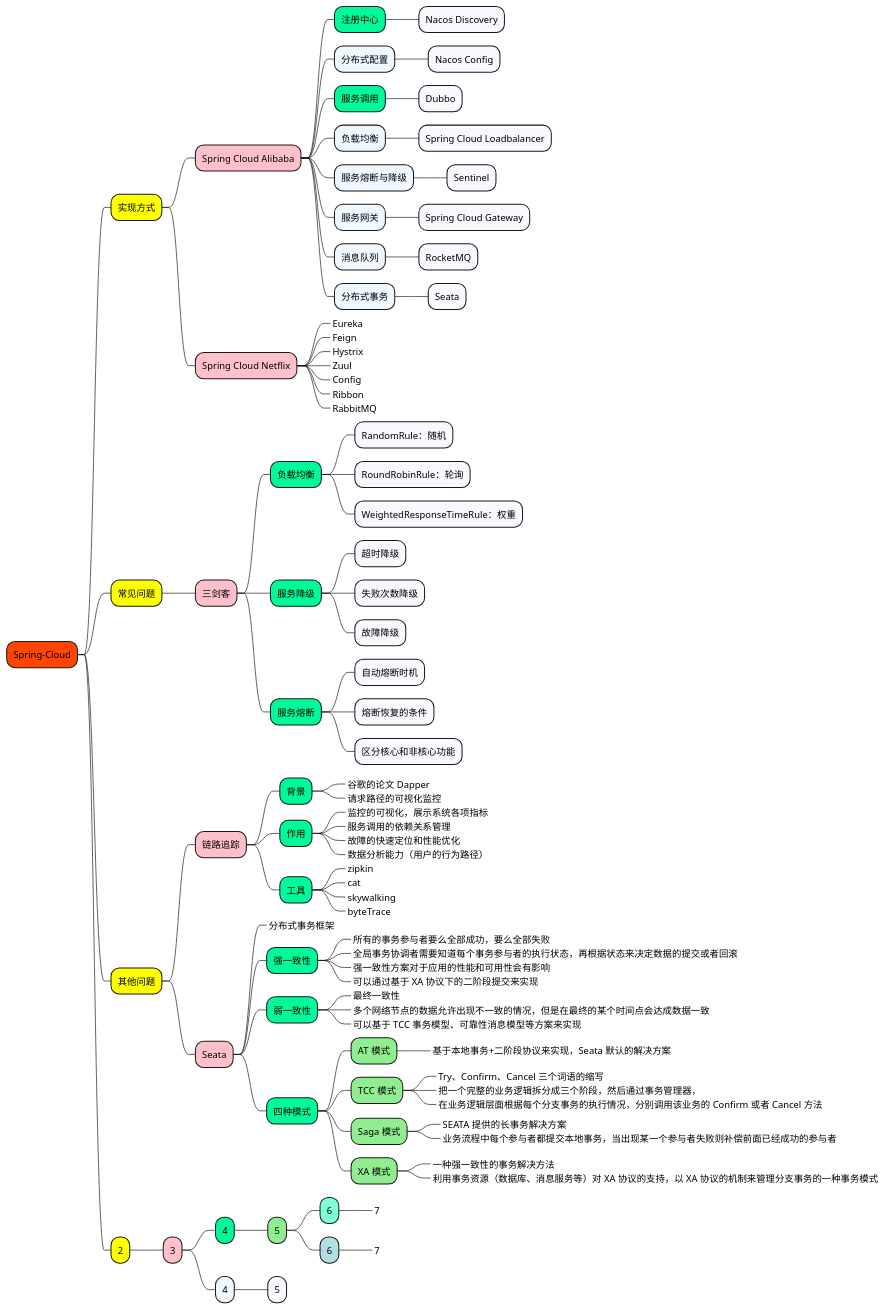
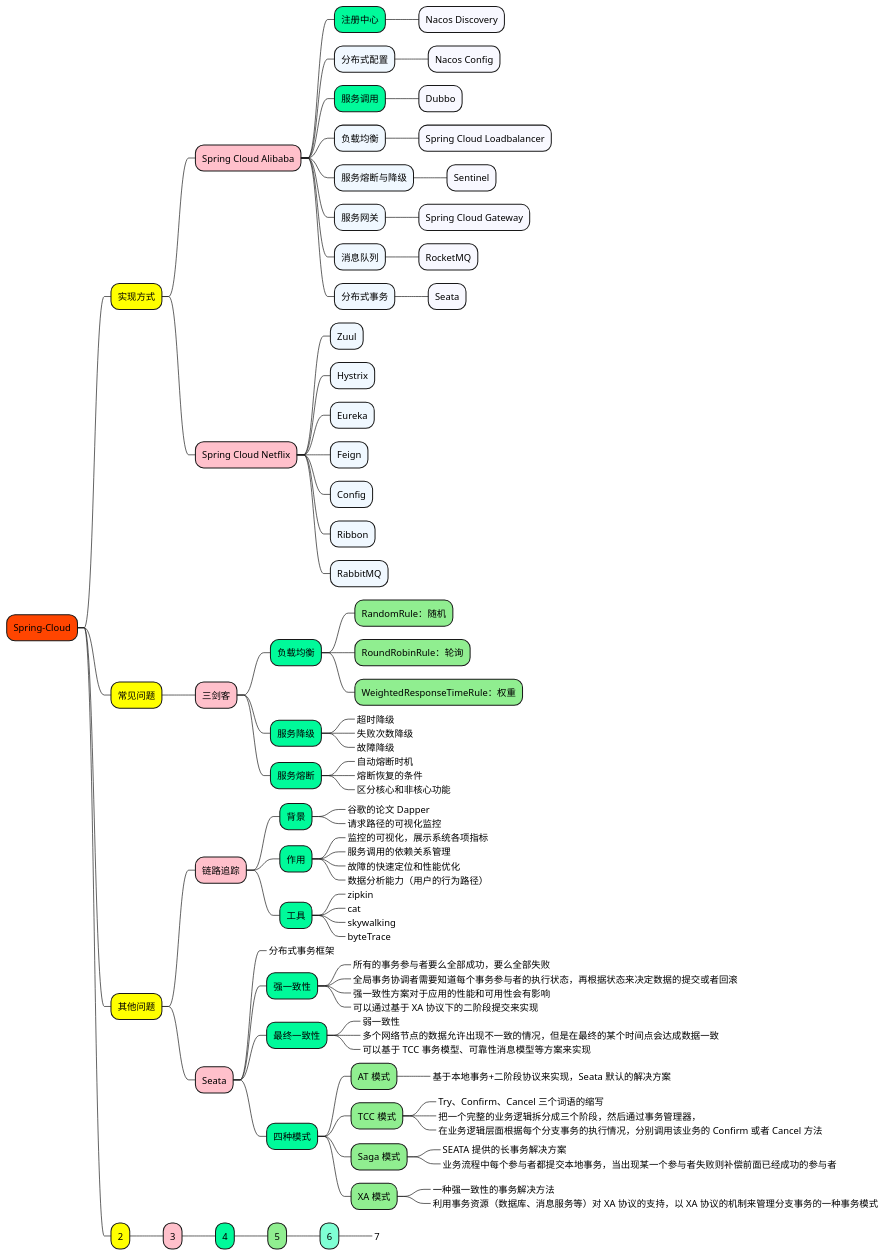
The diagram in 1_map/2-framework/Spring-Cloud.puml (doveg/self-cultivation-of-a-software-engineer), drawn with PlantUML before and after one commit. The commit also changed 26 other files, not shown here.

```diff
--- a/1_map/2-framework/Spring-Cloud.puml
+++ b/1_map/2-framework/Spring-Cloud.puml
@@ -1,121 +1,119 @@
 @startmindmap
 
 +[#OrangeRed] Spring-Cloud
 
 ++[#yellow] 实现方式
 
 +++[#Pink] Spring Cloud Alibaba
 ++++[#MediumSpringGreen] 注册中心
 +++++[#GhostWhite] Nacos Discovery
 ++++[#AliceBlue] 分布式配置
 +++++[#GhostWhite] Nacos Config
 ++++[#MediumSpringGreen] 服务调用
 +++++[#GhostWhite] Dubbo
 ++++[#AliceBlue] 负载均衡
 +++++[#GhostWhite] Spring Cloud Loadbalancer
 ++++[#AliceBlue] 服务熔断与降级
 +++++[#GhostWhite] Sentinel
 ++++[#AliceBlue] 服务网关
 +++++[#GhostWhite] Spring Cloud Gateway
 ++++[#AliceBlue] 消息队列
 +++++[#GhostWhite] RocketMQ
 ++++[#AliceBlue] 分布式事务
 +++++[#GhostWhite] Seata
 
 
 +++[#Pink] Spring Cloud Netflix
-++++[#AliceBlue]_ Eureka
-++++[#AliceBlue]_ Feign
-++++[#AliceBlue]_ Hystrix
-++++[#AliceBlue]_ Zuul
-++++[#AliceBlue]_ Config
-++++[#AliceBlue]_ Ribbon
-++++[#AliceBlue]_ RabbitMQ
+++++[#AliceBlue] Zuul
+++++[#AliceBlue] Hystrix
+++++[#AliceBlue] Eureka
+++++[#AliceBlue] Feign
+++++[#AliceBlue] Config
+++++[#AliceBlue] Ribbon
+++++[#AliceBlue] RabbitMQ
 
 
 ++[#yellow] 常见问题
 
 +++[#Pink] 三剑客
 
 ++++[#MediumSpringGreen] 负载均衡
-+++++[#GhostWhite] RandomRule：随机
-+++++[#GhostWhite] RoundRobinRule：轮询
-+++++[#GhostWhite] WeightedResponseTimeRule：权重
++++++[#LightGreen] RandomRule：随机
++++++[#LightGreen] RoundRobinRule：轮询
++++++[#LightGreen] WeightedResponseTimeRule：权重
 
 ++++[#MediumSpringGreen] 服务降级
-+++++[#GhostWhite] 超时降级
-+++++[#GhostWhite] 失败次数降级
-+++++[#GhostWhite] 故障降级
++++++[#LightGreen]_ 超时降级
++++++[#LightGreen]_ 失败次数降级
++++++[#LightGreen]_ 故障降级
 
 ++++[#MediumSpringGreen] 服务熔断
-+++++[#GhostWhite] 自动熔断时机
-+++++[#GhostWhite] 熔断恢复的条件
-+++++[#GhostWhite] 区分核心和非核心功能
++++++[#LightGreen]_ 自动熔断时机
++++++[#LightGreen]_ 熔断恢复的条件
++++++[#LightGreen]_ 区分核心和非核心功能
 
 
 ++[#yellow] 其他问题
 
 +++[#Pink] 链路追踪
 
 ++++[#MediumSpringGreen] 背景
 +++++[#GhostWhite]_ 谷歌的论文 Dapper
 +++++[#GhostWhite]_ 请求路径的可视化监控
 
 ++++[#MediumSpringGreen] 作用
 +++++[#GhostWhite]_ 监控的可视化，展示系统各项指标
 +++++[#GhostWhite]_ 服务调用的依赖关系管理
 +++++[#GhostWhite]_ 故障的快速定位和性能优化
 +++++[#GhostWhite]_ 数据分析能力（用户的行为路径）
 
 ++++[#MediumSpringGreen] 工具
 +++++[#GhostWhite]_ zipkin
 +++++[#GhostWhite]_ cat
 +++++[#GhostWhite]_ skywalking
 +++++[#GhostWhite]_ byteTrace
 
 
 +++[#Pink] Seata
 
 ++++[#MediumSpringGreen]_ 分布式事务框架
 
 ++++[#MediumSpringGreen] 强一致性
 +++++[#LightGreen]_ 所有的事务参与者要么全部成功，要么全部失败
 +++++[#LightGreen]_ 全局事务协调者需要知道每个事务参与者的执行状态，再根据状态来决定数据的提交或者回滚
 +++++[#LightGreen]_ 强一致性方案对于应用的性能和可用性会有影响
 +++++[#LightGreen]_ 可以通过基于 XA 协议下的二阶段提交来实现
 
-++++[#MediumSpringGreen] 弱一致性
-+++++[#LightGreen]_ 最终一致性
+++++[#MediumSpringGreen] 最终一致性
++++++[#LightGreen]_ 弱一致性
 +++++[#LightGreen]_ 多个网络节点的数据允许出现不一致的情况，但是在最终的某个时间点会达成数据一致
 +++++[#LightGreen]_ 可以基于 TCC 事务模型、可靠性消息模型等方案来实现
 
 ++++[#MediumSpringGreen] 四种模式
 +++++[#LightGreen] AT 模式
 ++++++[#Aquamarine]_ 基于本地事务+二阶段协议来实现，Seata 默认的解决方案
 +++++[#LightGreen] TCC 模式
 ++++++[#Aquamarine]_ Try、Confirm、Cancel 三个词语的缩写
 ++++++[#Aquamarine]_ 把一个完整的业务逻辑拆分成三个阶段，然后通过事务管理器，
 ++++++[#Aquamarine]_ 在业务逻辑层面根据每个分支事务的执行情况，分别调用该业务的 Confirm 或者 Cancel 方法
 +++++[#LightGreen] Saga 模式
 ++++++[#Aquamarine]_ SEATA 提供的长事务解决方案
 ++++++[#Aquamarine]_ 业务流程中每个参与者都提交本地事务，当出现某一个参与者失败则补偿前面已经成功的参与者
 +++++[#LightGreen] XA 模式
 ++++++[#Aquamarine]_ 一种强一致性的事务解决方法
 ++++++[#Aquamarine]_ 利用事务资源（数据库、消息服务等）对 XA 协议的支持，以 XA 协议的机制来管理分支事务的一种事务模式
 
 
 
 ++[#yellow] 2
 
 +++[#Pink] 3
 
 ++++[#MediumSpringGreen] 4
 +++++[#LightGreen] 5
 ++++++[#Aquamarine] 6
 +++++++[#Aquamarine]_ 7
-++++++[#PowderBlue] 6
-+++++++[#PowderBlue]_ 7
-++++[#AliceBlue] 4
-+++++[#GhostWhite] 5
+
+
 
 @endmindmap
```
